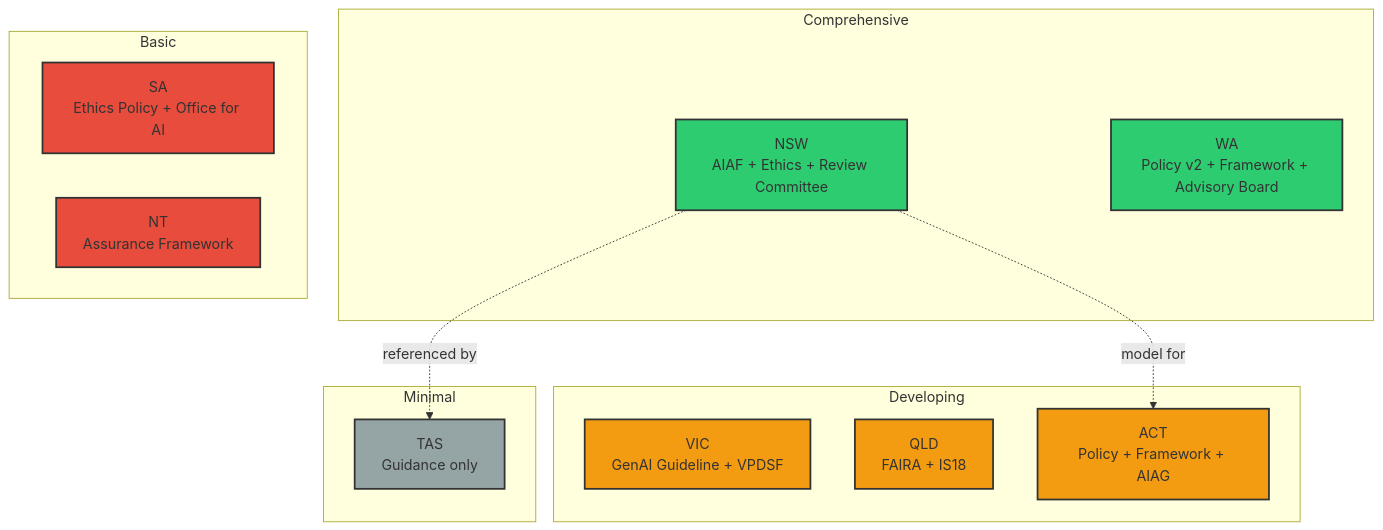
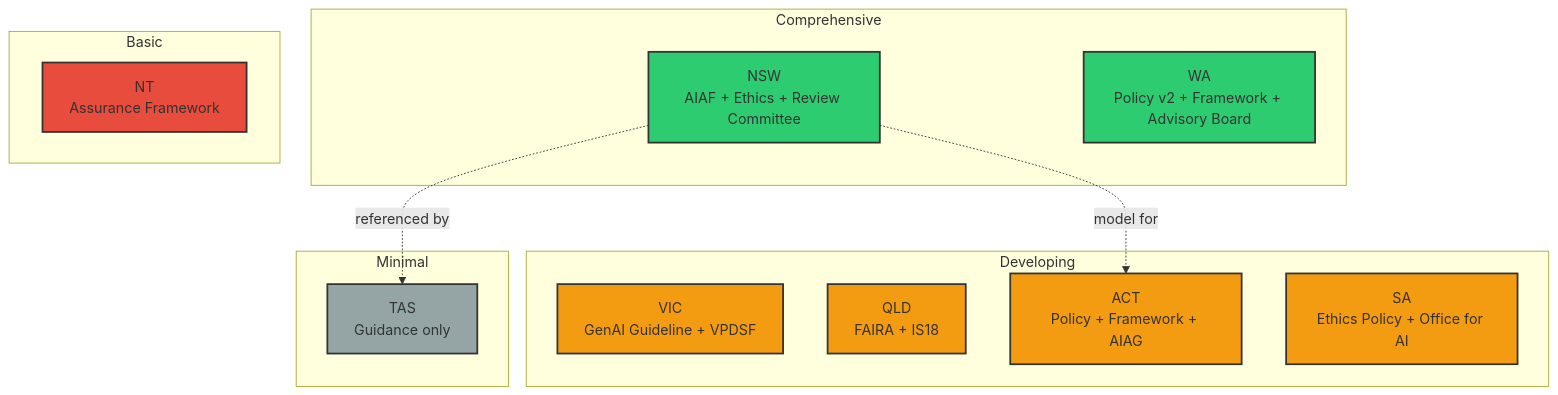
One commit to Benjamin-KY/Australian-AI-Security changed the third of 6 diagrams in docs/KNOWLEDGE-GRAPH.md. Above: the diagram before and after it, drawn with Mermaid. The commit also changed other lines of this file and 14 other files, not shown here.

````diff
--- a/docs/KNOWLEDGE-GRAPH.md
+++ b/docs/KNOWLEDGE-GRAPH.md
@@ -147,36 +156,36 @@
 ```mermaid
 graph TB
     subgraph Comprehensive["Comprehensive"]
         NSW[NSW<br/>AIAF + Ethics + Review Committee]
         WA[WA<br/>Policy v2 + Framework + Advisory Board]
     end
     
     subgraph Developing["Developing"]
         VIC[VIC<br/>GenAI Guideline + VPDSF]
         QLD[QLD<br/>FAIRA + IS18]
         ACT[ACT<br/>Policy + Framework + AIAG]
+        SA[SA<br/>Ethics Policy + Office for AI]
     end
-    
+
     subgraph Basic["Basic"]
-        SA[SA<br/>Ethics Policy + Office for AI]
         NT[NT<br/>Assurance Framework]
     end
     
     subgraph Minimal["Minimal"]
         TAS[TAS<br/>Guidance only]
     end
     
     %% Cross-references
     NSW -.->|referenced by| TAS
     NSW -.->|model for| ACT
     
     classDef comp fill:#2ecc71,stroke:#333,stroke-width:2px
     classDef dev fill:#f39c12,stroke:#333,stroke-width:2px
     classDef basic fill:#e74c3c,stroke:#333,stroke-width:2px
     classDef minimal fill:#95a5a6,stroke:#333,stroke-width:2px
     
     class NSW,WA comp
-    class VIC,QLD,ACT dev
-    class SA,NT basic
+    class VIC,QLD,ACT,SA dev
+    class NT basic
     class TAS minimal
 ```
````
